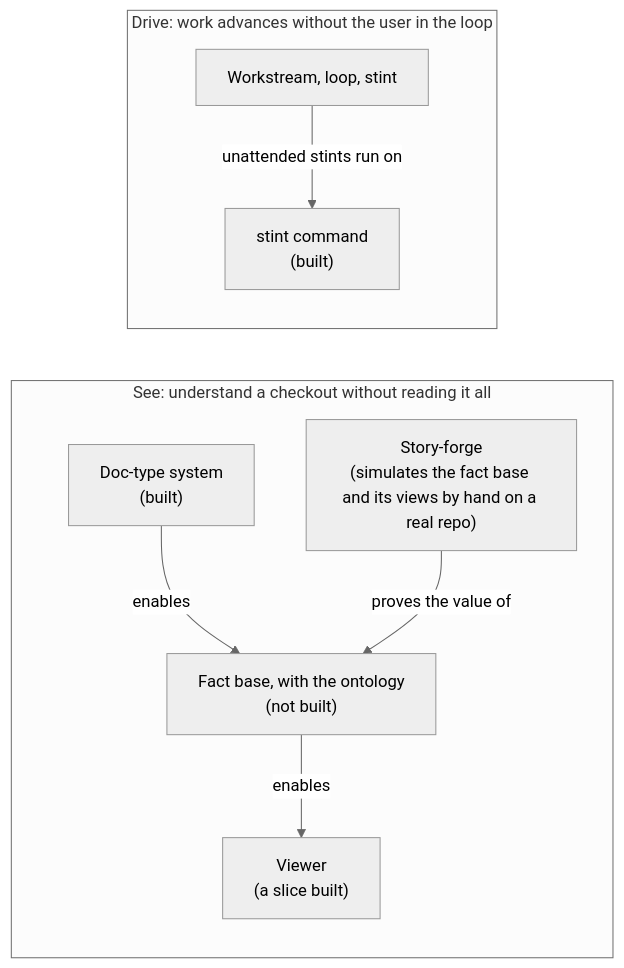
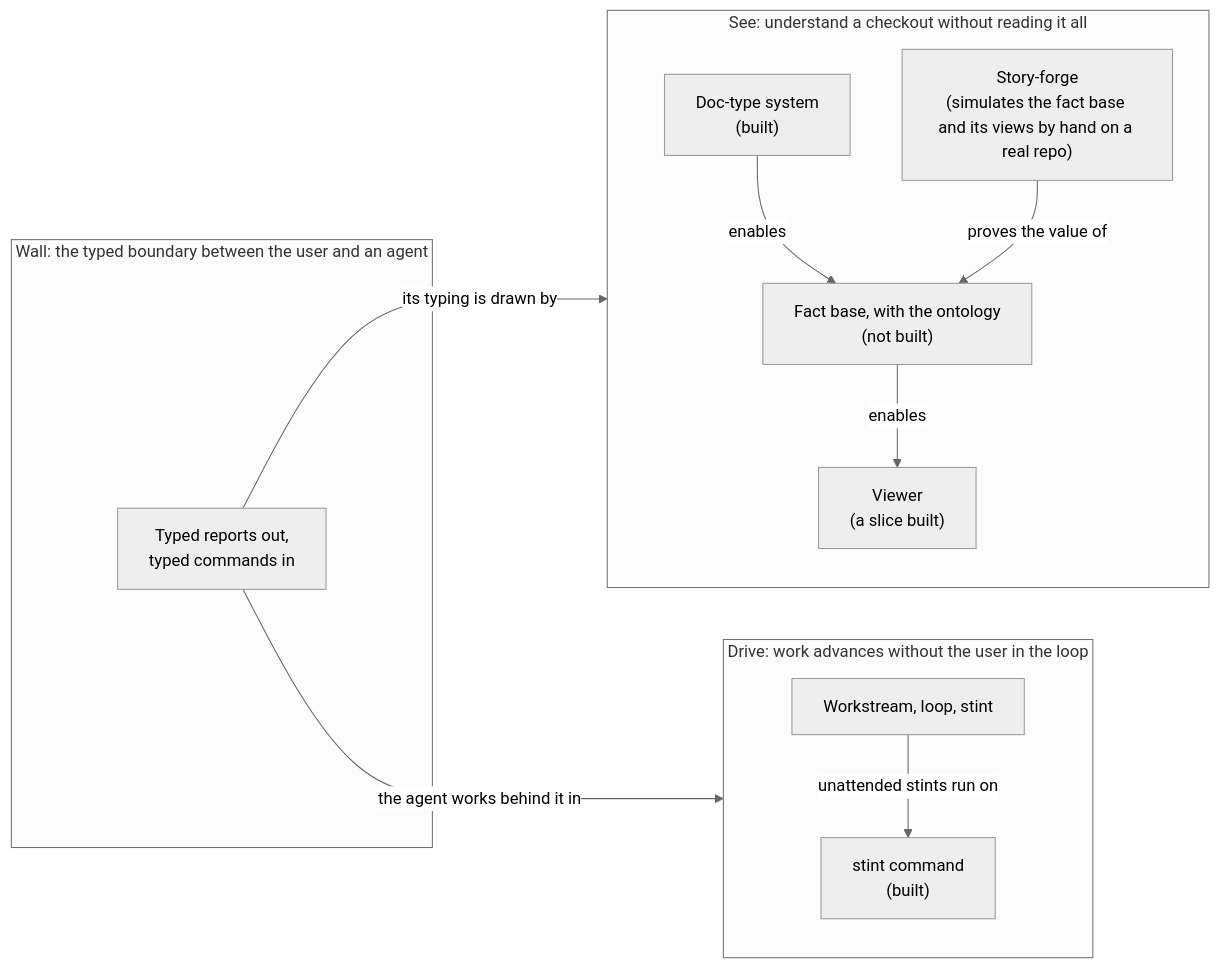
One commit to GeoffNordling/dev-playbook changed the diagram in workstreams/system/WORKSTREAM.md. Above: the diagram before and after it, drawn with Mermaid (neutral theme). The commit also changed other lines of this file and 5 other files, not shown here.

````diff
--- a/workstreams/system/WORKSTREAM.md
+++ b/workstreams/system/WORKSTREAM.md
@@ -38,11 +41,16 @@
 ```mermaid
 flowchart LR
   subgraph SEE["See: understand a checkout without reading it all"]
     DT["Doc-type system<br/>(built)"] -- enables --> FB["Fact base, with the ontology<br/>(not built)"]
     FB -- enables --> V["Viewer<br/>(a slice built)"]
     SF["Story-forge<br/>(simulates the fact base and its views by hand on a real repo)"] -- proves the value of --> FB
   end
   subgraph DRIVE["Drive: work advances without the user in the loop"]
     W["Workstream, loop, stint"] -- unattended stints run on --> SC["stint command<br/>(built)"]
   end
+  subgraph WALL["Wall: the typed boundary between the user and an agent"]
+    WL["Typed reports out,<br/>typed commands in"]
+  end
+  WL -- its typing is drawn by --> SEE
+  WL -- the agent works behind it in --> DRIVE
 ```
````
